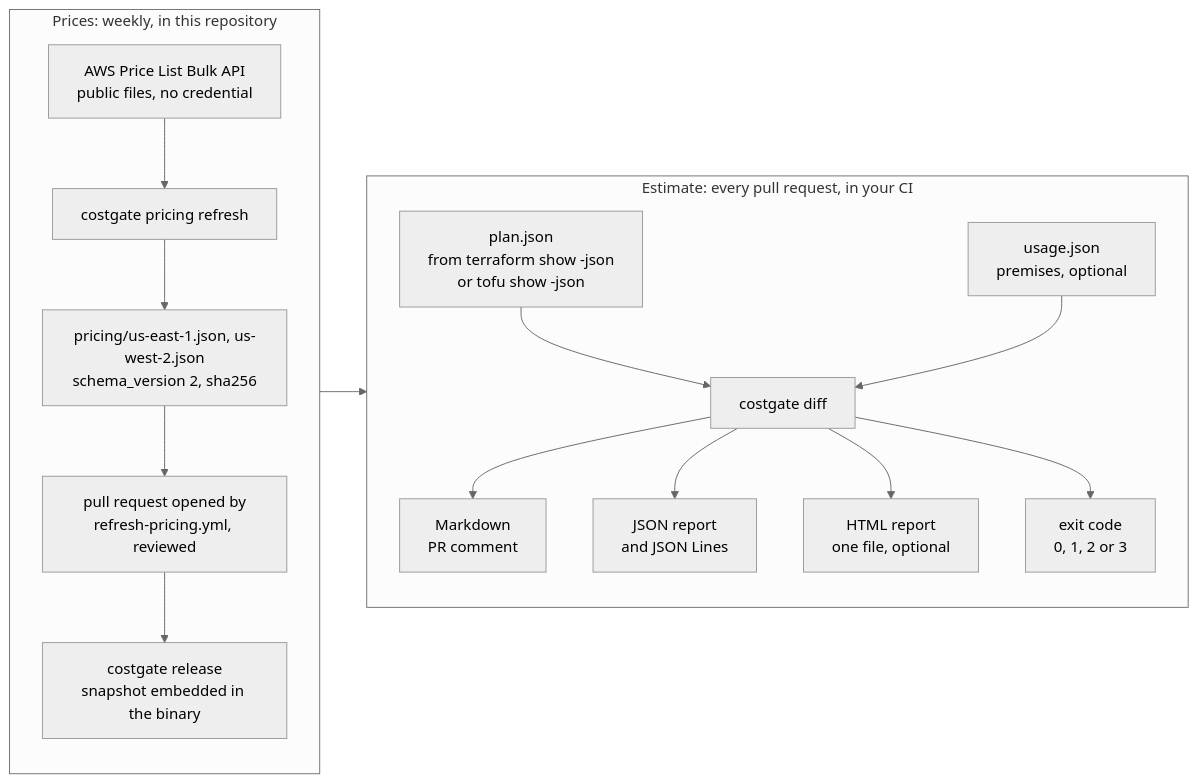
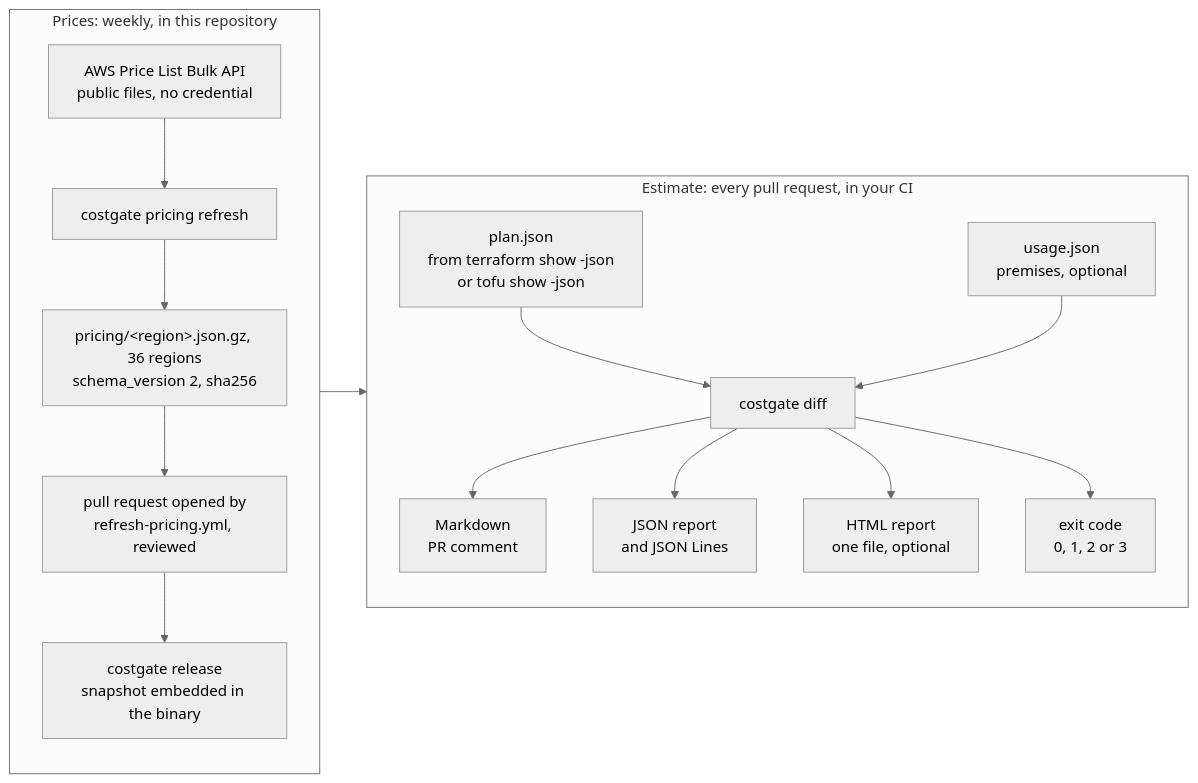
One commit to leosavio/costgate changed the first of 5 diagrams in docs/how-it-works.md. Above: the diagram before and after it, drawn with Mermaid (neutral theme). The commit also changed other lines of this file and 104 other files, not shown here.

````diff
--- a/docs/how-it-works.md
+++ b/docs/how-it-works.md
@@ -16,20 +16,20 @@
 ```mermaid
 flowchart LR
   subgraph prices["Prices: weekly, in this repository"]
     direction TB
     api["AWS Price List Bulk API<br/>public files, no credential"] --> refresh["costgate pricing refresh"]
-    refresh --> snap["pricing/us-east-1.json, us-west-2.json<br/>schema_version 2, sha256"]
+    refresh --> snap["pricing/&lt;region&gt;.json.gz, 36 regions<br/>schema_version 2, sha256"]
     snap --> pr["pull request opened by<br/>refresh-pricing.yml, reviewed"]
     pr --> bin["costgate release<br/>snapshot embedded in the binary"]
   end
   subgraph estimate["Estimate: every pull request, in your CI"]
     direction TB
     plan["plan.json<br/>from terraform show -json<br/>or tofu show -json"] --> diff["costgate diff"]
     usage["usage.json<br/>premises, optional"] --> diff
     diff --> md["Markdown<br/>PR comment"]
     diff --> js["JSON report<br/>and JSON Lines"]
     diff --> html["HTML report<br/>one file, optional"]
     diff --> code["exit code<br/>0, 1, 2 or 3"]
   end
   bin --> diff
 ```
````
